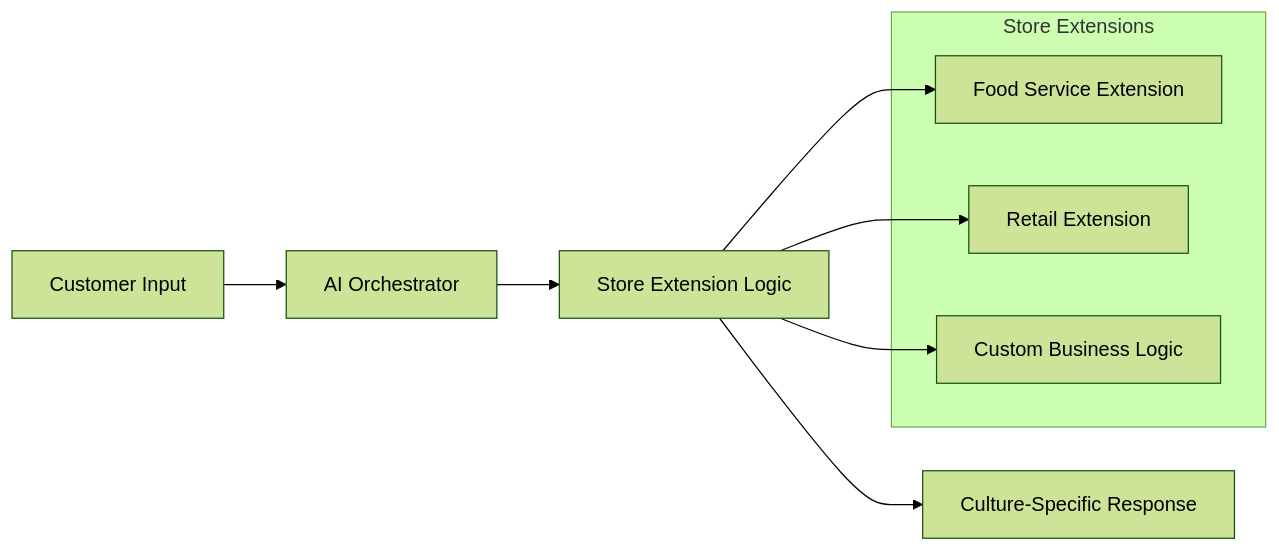
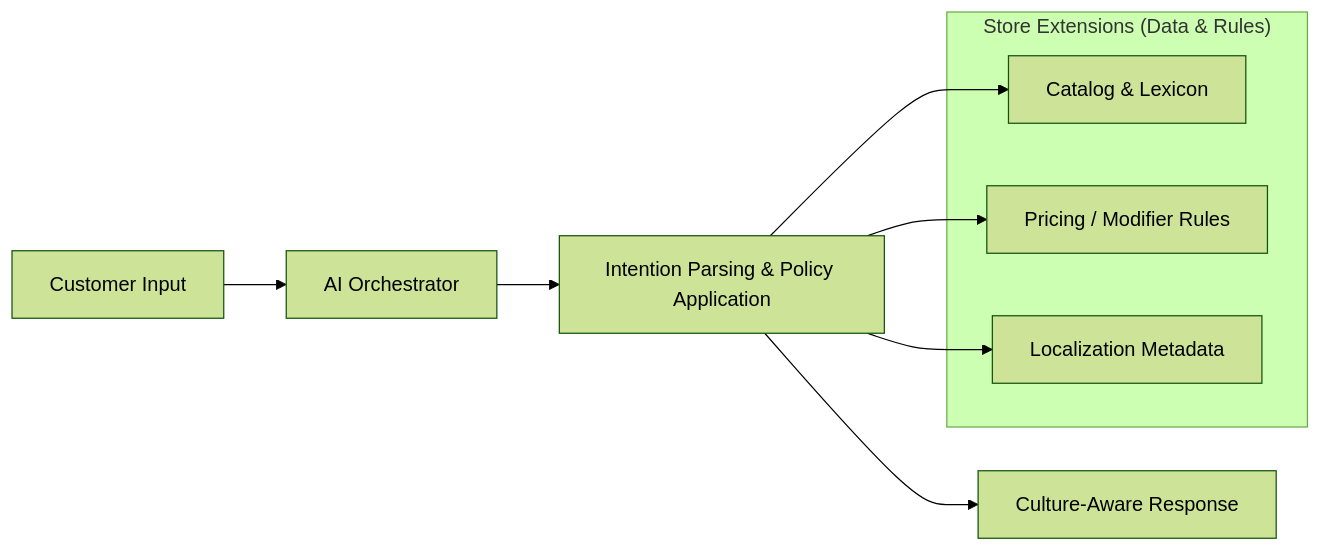
Before and after one commit to paulmooreparks/AiPos: the sixth of 7 diagrams in PRESENTATION.md, drawn with Mermaid (forest theme). The commit also changed other lines of this file and 57 other files, not shown here.

````diff
--- a/PRESENTATION.md
+++ b/PRESENTATION.md
@@ -287,16 +298,16 @@
 ```mermaid
 graph LR
     A[Customer Input] --> B[AI Orchestrator]
-    B --> C[Store Extension Logic]
-    C --> D[Culture-Specific Response]
+    B --> C[Intention Parsing & Policy Application]
+    C --> D[Culture-Aware Response]
 
-    subgraph "Store Extensions"
-        E[Food Service Extension]
-        F[Retail Extension]
-        G[Custom Business Logic]
+    subgraph "Store Extensions (Data & Rules)"
+        E[Catalog & Lexicon]
+        F[Pricing / Modifier Rules]
+        G[Localization Metadata]
     end
 
     C --> E
     C --> F
     C --> G
 ```
````
